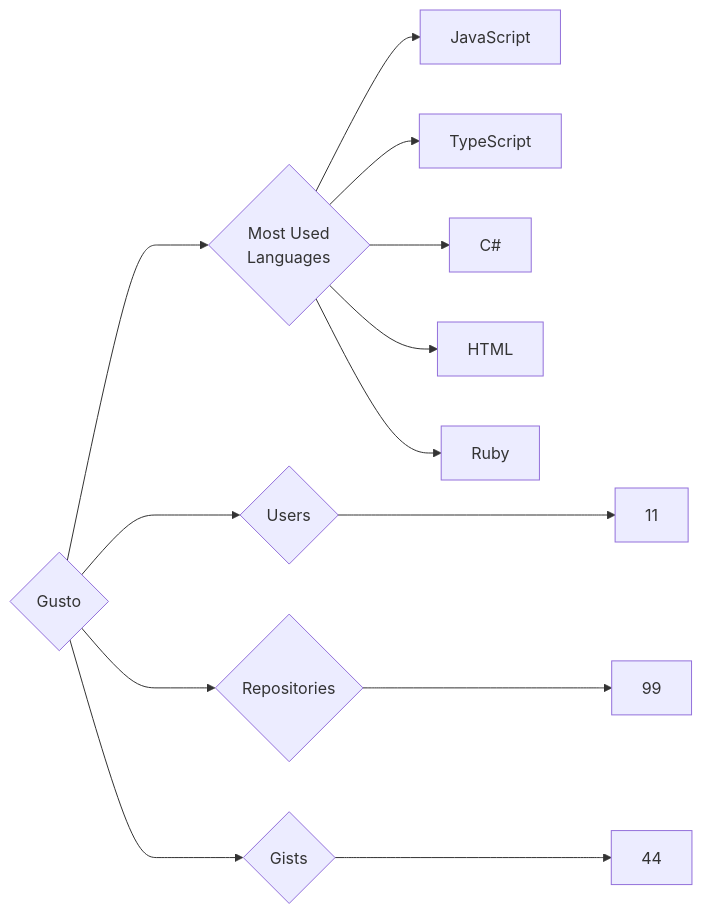
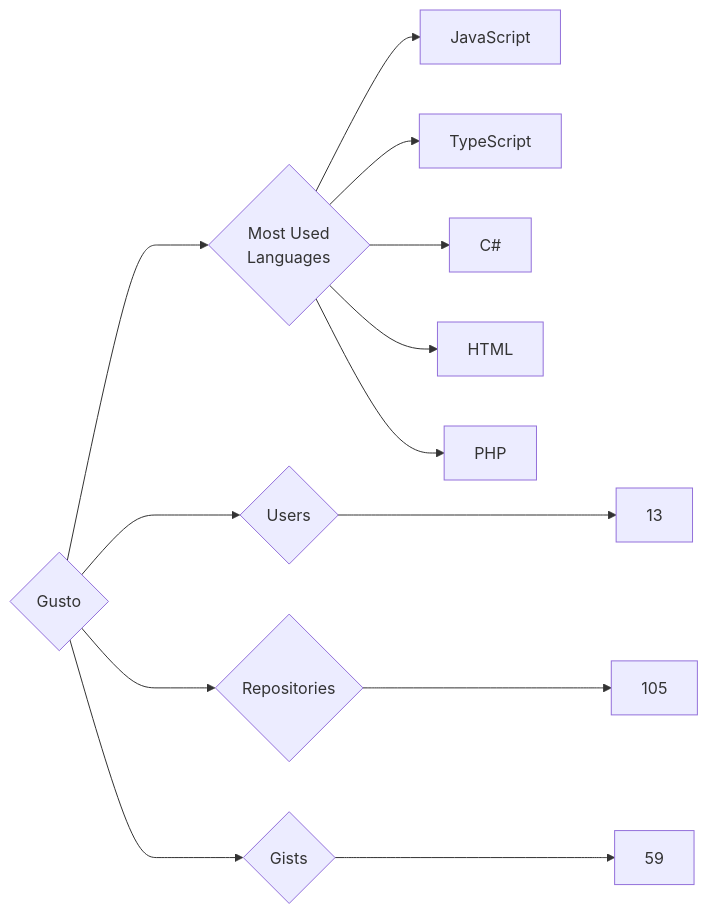
Before and after one commit to trickest/insiders: the diagram in targets/Gusto/README.md, drawn with Mermaid. The commit also changed 925 other files, not shown here.

````diff
--- a/targets/Gusto/README.md
+++ b/targets/Gusto/README.md
@@ -3,13 +3,13 @@
 ```mermaid
 graph LR
 COMPANY_NAME{Gusto}
-COMPANY_NAME ---> U{Users} ---> UN[11]
-COMPANY_NAME ---> R{Repositories} ---> RN[99]
-COMPANY_NAME ---> G{Gists} ---> GN[44]
+COMPANY_NAME ---> U{Users} ---> UN[13]
+COMPANY_NAME ---> R{Repositories} ---> RN[105]
+COMPANY_NAME ---> G{Gists} ---> GN[59]
 COMPANY_NAME ---> ML{Most Used<br>Languages}
 ML --> JavaScript[JavaScript]
 ML --> TypeScript[TypeScript]
 ML --> C#[C#]
 ML --> HTML[HTML]
-ML --> Ruby[Ruby]
+ML --> PHP[PHP]
 ```
````
